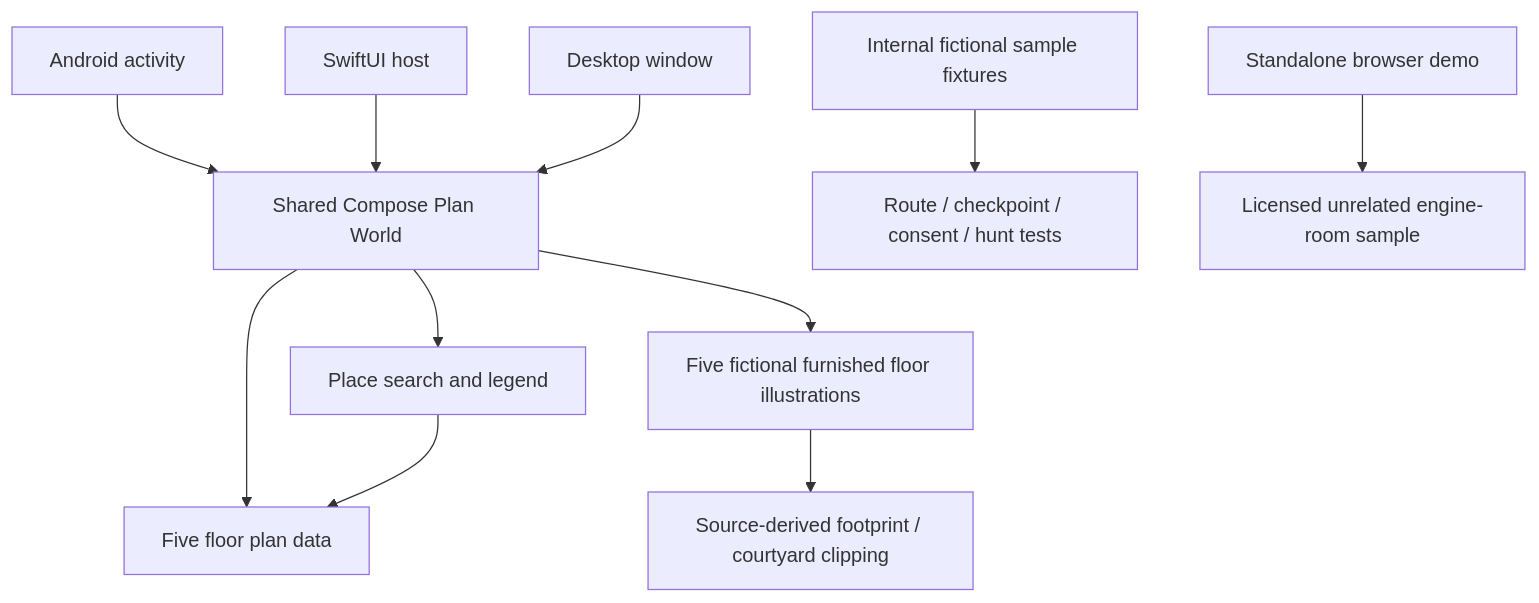
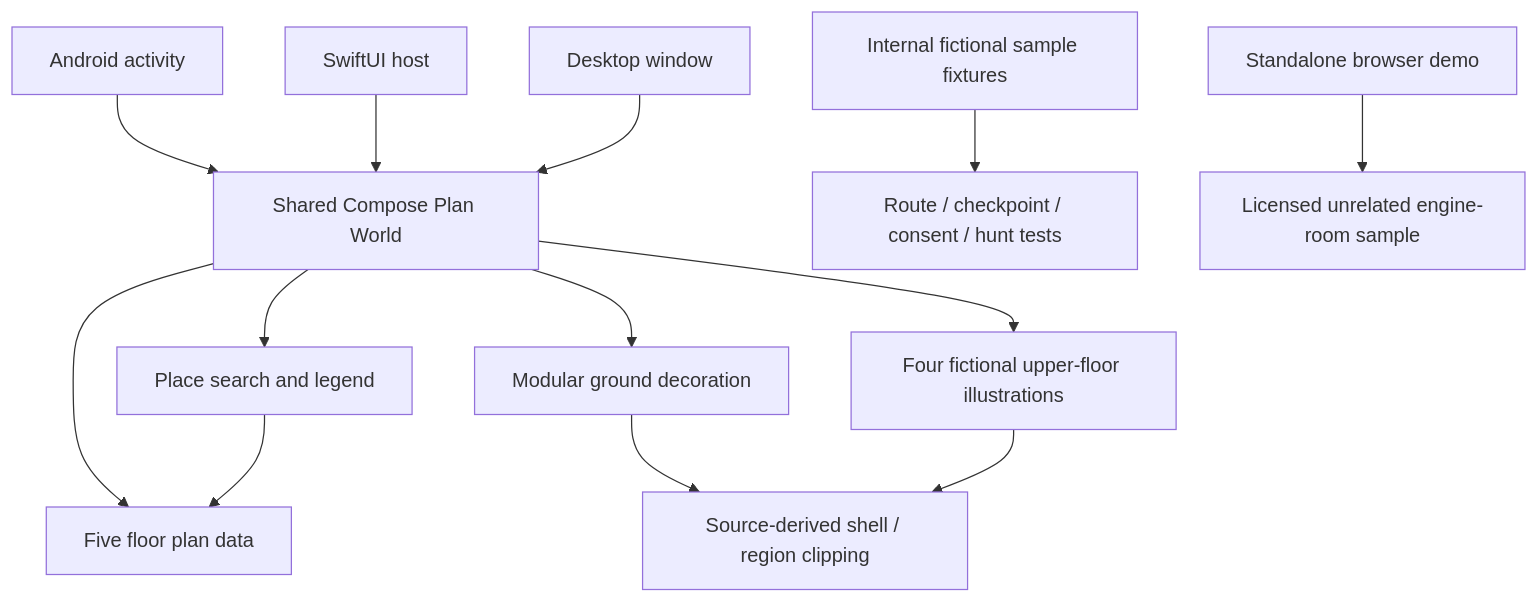
One commit to e-mric/BeThereCentral changed the diagram in docs/ARCHITECTURE.md. Above: the diagram before and after it, drawn with Mermaid. The commit also changed other lines of this file and 31 other files, not shown here.

Commit message:
Build modular ground floor and align companies with supplied plans

````diff
--- a/docs/ARCHITECTURE.md
+++ b/docs/ARCHITECTURE.md
@@ -11,13 +11,15 @@
 ```mermaid
 flowchart TD
     Android[Android activity] --> UI[Shared Compose Plan World]
     iOS[SwiftUI host] --> UI
     Desktop[Desktop window] --> UI
     UI --> Plans[Five floor plan data]
     UI --> Search[Place search and legend]
     Search --> Plans
-    UI --> Art[Five fictional furnished floor illustrations]
-    Art --> Mask[Source-derived footprint / courtyard clipping]
+    UI --> Ground[Modular ground decoration]
+    UI --> Art[Four fictional upper-floor illustrations]
+    Ground --> Mask[Source-derived shell / region clipping]
+    Art --> Mask
     Legacy[Internal fictional sample fixtures] --> LegacyTests[Route / checkpoint / consent / hunt tests]
     Browser[Standalone browser demo] --> Viewer[Licensed unrelated engine-room sample]
 ```
````
